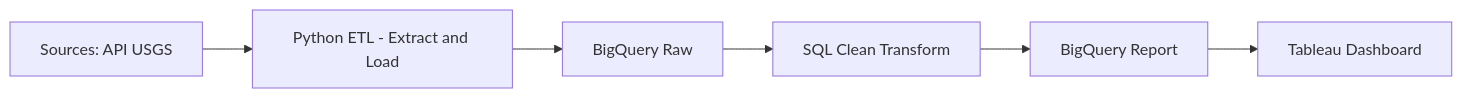
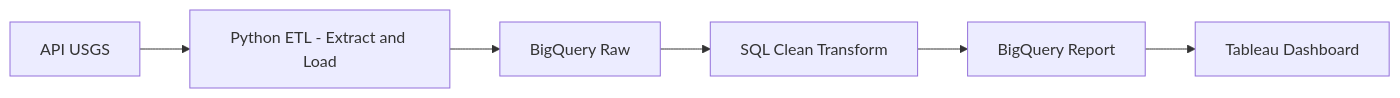
The diagram in pipeline_data_gempa/README.md (brwibisono/etl_python_bigquery), drawn with Mermaid before and after one commit.

````diff
--- a/pipeline_data_gempa/README.md
+++ b/pipeline_data_gempa/README.md
@@ -16,8 +16,8 @@
 ```mermaid
 flowchart LR
-    A[Sources: API USGS] --> B[Python ETL - Extract and Load]
+    A[API USGS] --> B[Python ETL - Extract and Load]
     B --> C[BigQuery Raw]
     C --> D[SQL Clean Transform]
     D --> E[BigQuery Report]
     E --> F[Tableau Dashboard]
 ```
````
